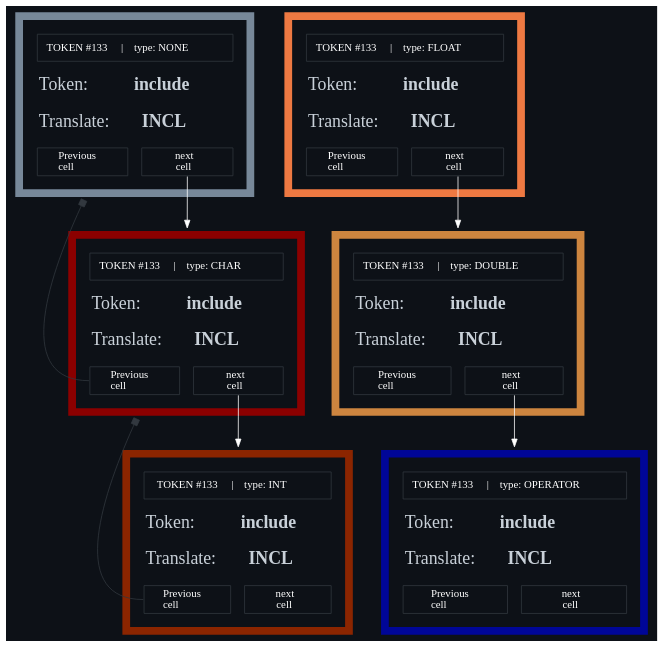
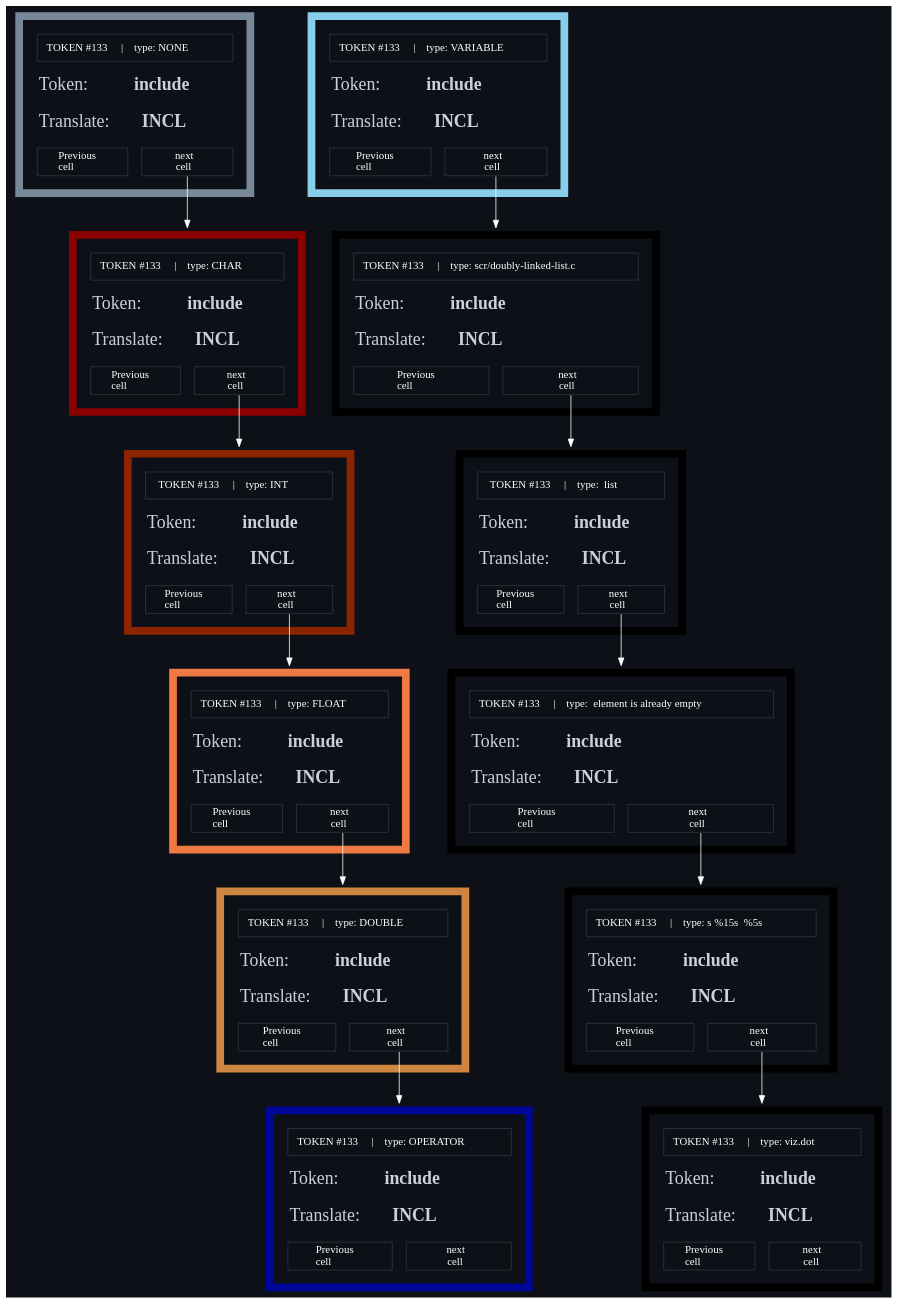
The diagram in viz/ir-tokens.dot (Mchl-krpch/doubly-linked-list), drawn with Graphviz before and after one commit. The commit also changed 7 other files, not shown here.

```diff
--- a/viz/ir-tokens.dot
+++ b/viz/ir-tokens.dot
@@ -95,10 +95,112 @@
 				<td PORT="n5" width="80px" border="1" color="#32383F">	<font color ="white">next<br/>cell 	</font></td>
 			</tr>
 		</table>>];
+	L6[shape=none label = <
+		<table cellborder="0" cellspacing="18" bgcolor="#0D1117" border="10" color="skyblue">
+			<tr>
+				<td colspan="2" width="80px" height="35px" color="#32383F" border="1">	<font color="white">TOKEN #133     |    type: VARIABLE</font></td>
+			</tr>
+			<tr>
+				<td align="left" colspan="2"><font point-size="23" color="#C9D1D9">Token:      <b>include</b></font></td>
+			</tr>
+			<tr>
+				<td align="left" colspan="2"><font point-size="23" color="#C9D1D9">Translate:  <b>INCL</b></font><br align="left"/></td>
+			</tr>
+			<tr>
+				<td PORT="p6" width="80px" border="1" color="#32383F">	<font color ="white">Previous<br align="left"/>cell<br align="left"/>	</font></td>
+				<td PORT="n6" width="80px" border="1" color="#32383F">	<font color ="white">next<br/>cell 	</font></td>
+			</tr>
+		</table>>];
+	L7[shape=none label = <
+		<table cellborder="0" cellspacing="18" bgcolor="#0D1117" border="10" color="">
+			<tr>
+				<td colspan="2" width="80px" height="35px" color="#32383F" border="1">	<font color="white">TOKEN #133     |    type: scr/doubly-linked-list.c</font></td>
+			</tr>
+			<tr>
+				<td align="left" colspan="2"><font point-size="23" color="#C9D1D9">Token:      <b>include</b></font></td>
+			</tr>
+			<tr>
+				<td align="left" colspan="2"><font point-size="23" color="#C9D1D9">Translate:  <b>INCL</b></font><br align="left"/></td>
+			</tr>
+			<tr>
+				<td PORT="p7" width="80px" border="1" color="#32383F">	<font color ="white">Previous<br align="left"/>cell<br align="left"/>	</font></td>
+				<td PORT="n7" width="80px" border="1" color="#32383F">	<font color ="white">next<br/>cell 	</font></td>
+			</tr>
+		</table>>];
+	L8[shape=none label = <
+		<table cellborder="0" cellspacing="18" bgcolor="#0D1117" border="10" color="">
+			<tr>
+				<td colspan="2" width="80px" height="35px" color="#32383F" border="1">	<font color="white">TOKEN #133     |    type:  list
+</font></td>
+			</tr>
+			<tr>
+				<td align="left" colspan="2"><font point-size="23" color="#C9D1D9">Token:      <b>include</b></font></td>
+			</tr>
+			<tr>
+				<td align="left" colspan="2"><font point-size="23" color="#C9D1D9">Translate:  <b>INCL</b></font><br align="left"/></td>
+			</tr>
+			<tr>
+				<td PORT="p8" width="80px" border="1" color="#32383F">	<font color ="white">Previous<br align="left"/>cell<br align="left"/>	</font></td>
+				<td PORT="n8" width="80px" border="1" color="#32383F">	<font color ="white">next<br/>cell 	</font></td>
+			</tr>
+		</table>>];
+	L9[shape=none label = <
+		<table cellborder="0" cellspacing="18" bgcolor="#0D1117" border="10" color="">
+			<tr>
+				<td colspan="2" width="80px" height="35px" color="#32383F" border="1">	<font color="white">TOKEN #133     |    type:  element is already empty</font></td>
+			</tr>
+			<tr>
+				<td align="left" colspan="2"><font point-size="23" color="#C9D1D9">Token:      <b>include</b></font></td>
+			</tr>
+			<tr>
+				<td align="left" colspan="2"><font point-size="23" color="#C9D1D9">Translate:  <b>INCL</b></font><br align="left"/></td>
+			</tr>
+			<tr>
+				<td PORT="p9" width="80px" border="1" color="#32383F">	<font color ="white">Previous<br align="left"/>cell<br align="left"/>	</font></td>
+				<td PORT="n9" width="80px" border="1" color="#32383F">	<font color ="white">next<br/>cell 	</font></td>
+			</tr>
+		</table>>];
+	L10[shape=none label = <
+		<table cellborder="0" cellspacing="18" bgcolor="#0D1117" border="10" color="">
+			<tr>
+				<td colspan="2" width="80px" height="35px" color="#32383F" border="1">	<font color="white">TOKEN #133     |    type: s	 %15s  %5s
+</font></td>
+			</tr>
+			<tr>
+				<td align="left" colspan="2"><font point-size="23" color="#C9D1D9">Token:      <b>include</b></font></td>
+			</tr>
+			<tr>
+				<td align="left" colspan="2"><font point-size="23" color="#C9D1D9">Translate:  <b>INCL</b></font><br align="left"/></td>
+			</tr>
+			<tr>
+				<td PORT="p10" width="80px" border="1" color="#32383F">	<font color ="white">Previous<br align="left"/>cell<br align="left"/>	</font></td>
+				<td PORT="n10" width="80px" border="1" color="#32383F">	<font color ="white">next<br/>cell 	</font></td>
+			</tr>
+		</table>>];
+	L11[shape=none label = <
+		<table cellborder="0" cellspacing="18" bgcolor="#0D1117" border="10" color="">
+			<tr>
+				<td colspan="2" width="80px" height="35px" color="#32383F" border="1">	<font color="white">TOKEN #133     |    type: viz.dot</font></td>
+			</tr>
+			<tr>
+				<td align="left" colspan="2"><font point-size="23" color="#C9D1D9">Token:      <b>include</b></font></td>
+			</tr>
+			<tr>
+				<td align="left" colspan="2"><font point-size="23" color="#C9D1D9">Translate:  <b>INCL</b></font><br align="left"/></td>
+			</tr>
+			<tr>
+				<td PORT="p11" width="80px" border="1" color="#32383F">	<font color ="white">Previous<br align="left"/>cell<br align="left"/>	</font></td>
+				<td PORT="n11" width="80px" border="1" color="#32383F">	<font color ="white">next<br/>cell 	</font></td>
+			</tr>
+		</table>>];
 	L0:"n0" -> L1[color="white"];
 	L1:"n1" -> L2[color="white"];
-	L1:"p1" -> L0[color="#32383F" arrowhead = box];
-	L2:"p2" -> L1[color="#32383F" arrowhead = box];
+	L2:"n2" -> L3[color="white"];
 	L3:"n3" -> L4[color="white"];
 	L4:"n4" -> L5[color="white"];
+	L6:"n6" -> L7[color="white"];
+	L7:"n7" -> L8[color="white"];
+	L8:"n8" -> L9[color="white"];
+	L9:"n9" -> L10[color="white"];
+	L10:"n10" -> L11[color="white"];
 }
```
